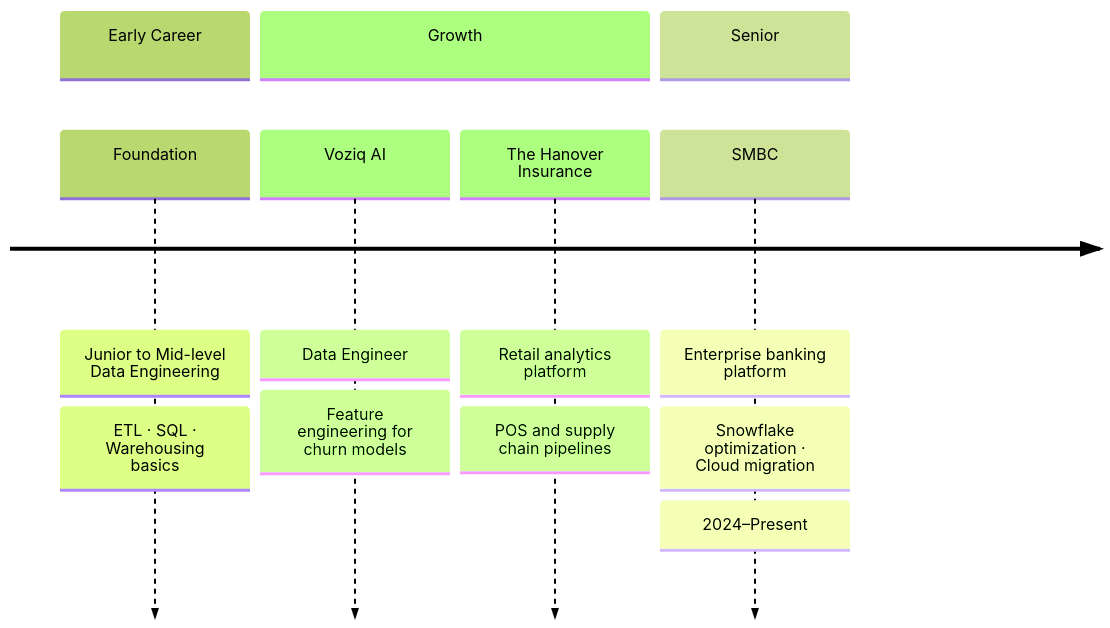
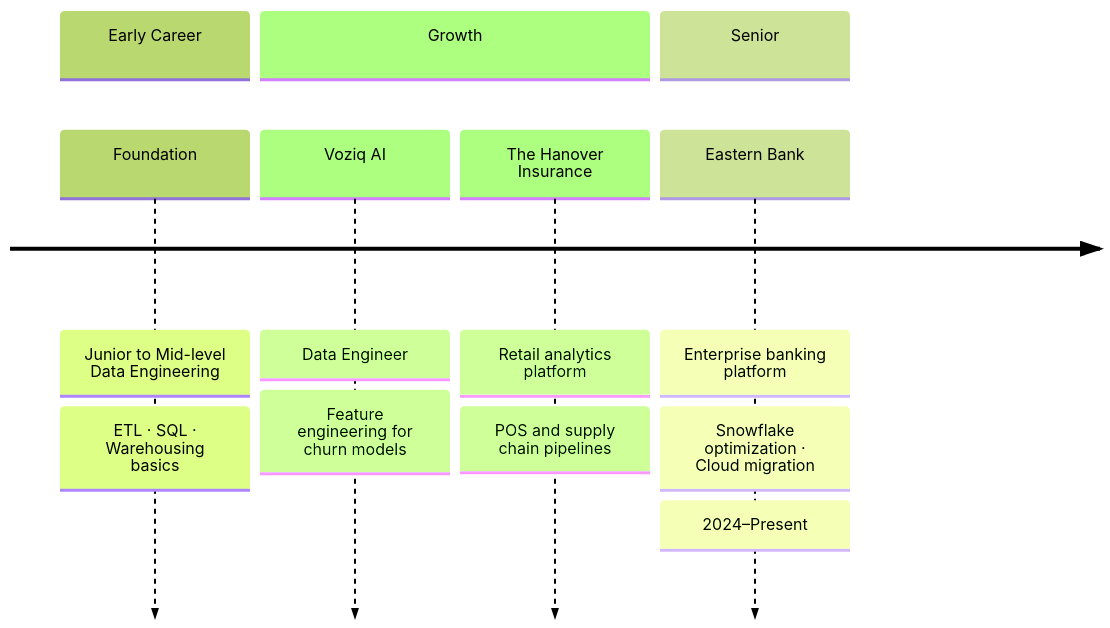
The second of 2 diagrams in README.md (PA110/PA110), drawn with Mermaid (forest theme) before and after one commit. The commit also changed other lines of this file, not shown here.

````diff
--- a/README.md
+++ b/README.md
@@ -116,15 +116,15 @@
 ```mermaid
 timeline
     section Early Career
         Foundation : Junior to Mid-level Data Engineering
                    : ETL · SQL · Warehousing basics
     section Growth
         Voziq AI     : Data Engineer
                      : Feature engineering for churn models
 The Hanover Insurance: Retail analytics platform
                      : POS and supply chain pipelines
     section Senior
-        SMBC       : Enterprise banking platform
+        Eastern Bank: Enterprise banking platform
                    : Snowflake optimization · Cloud migration
                    : 2024–Present
 ```
````
